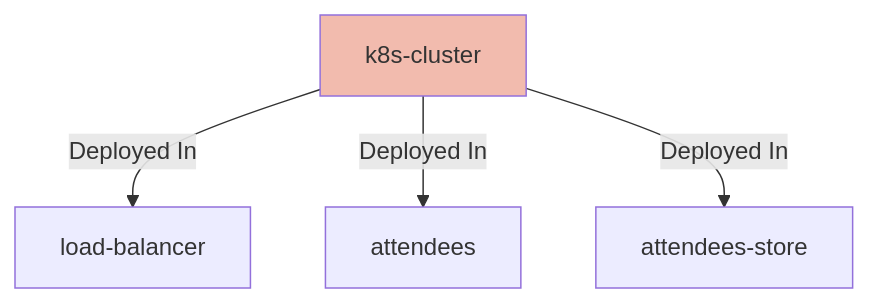
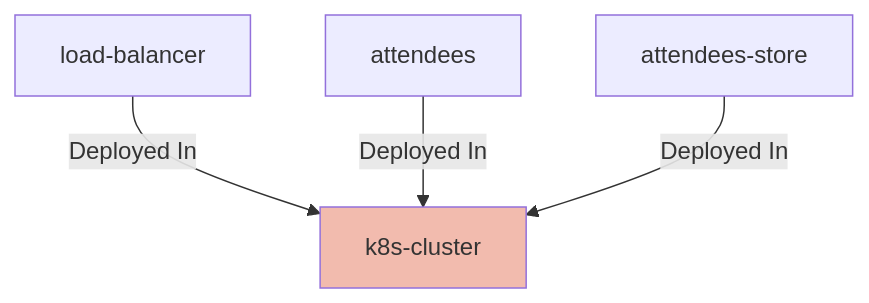
One commit to finos/architecture-as-code changed the diagram in cli/test_fixtures/getting-started/STEP-3/website/docs/nodes/k8s-cluster.md. Above: the diagram before and after it, drawn with Mermaid. The commit also changed other lines of this file and 128 other files, not shown here.

````diff
--- a/cli/test_fixtures/getting-started/STEP-3/website/docs/nodes/k8s-cluster.md
+++ b/cli/test_fixtures/getting-started/STEP-3/website/docs/nodes/k8s-cluster.md
@@ -22,9 +39,8 @@
 ```mermaid
 graph TD;
 k8s-cluster[k8s-cluster]:::highlight;
-k8s-cluster -- Deployed In --> load-balancer;
-k8s-cluster -- Deployed In --> attendees;
-k8s-cluster -- Deployed In --> attendees-store;
+load-balancer -- Deployed In --> k8s-cluster;
+attendees -- Deployed In --> k8s-cluster;
+attendees-store -- Deployed In --> k8s-cluster;
 classDef highlight fill:#f2bbae;
-
 ```
````
